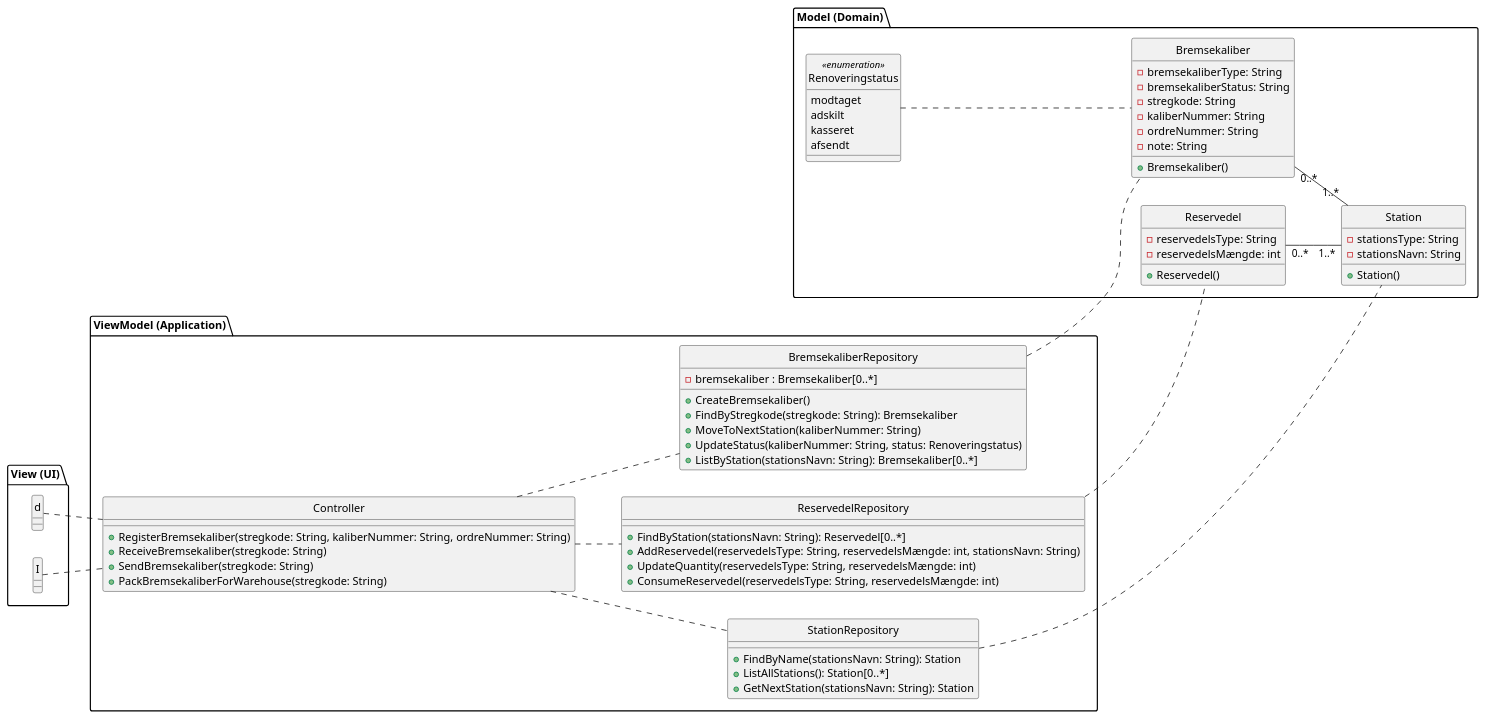
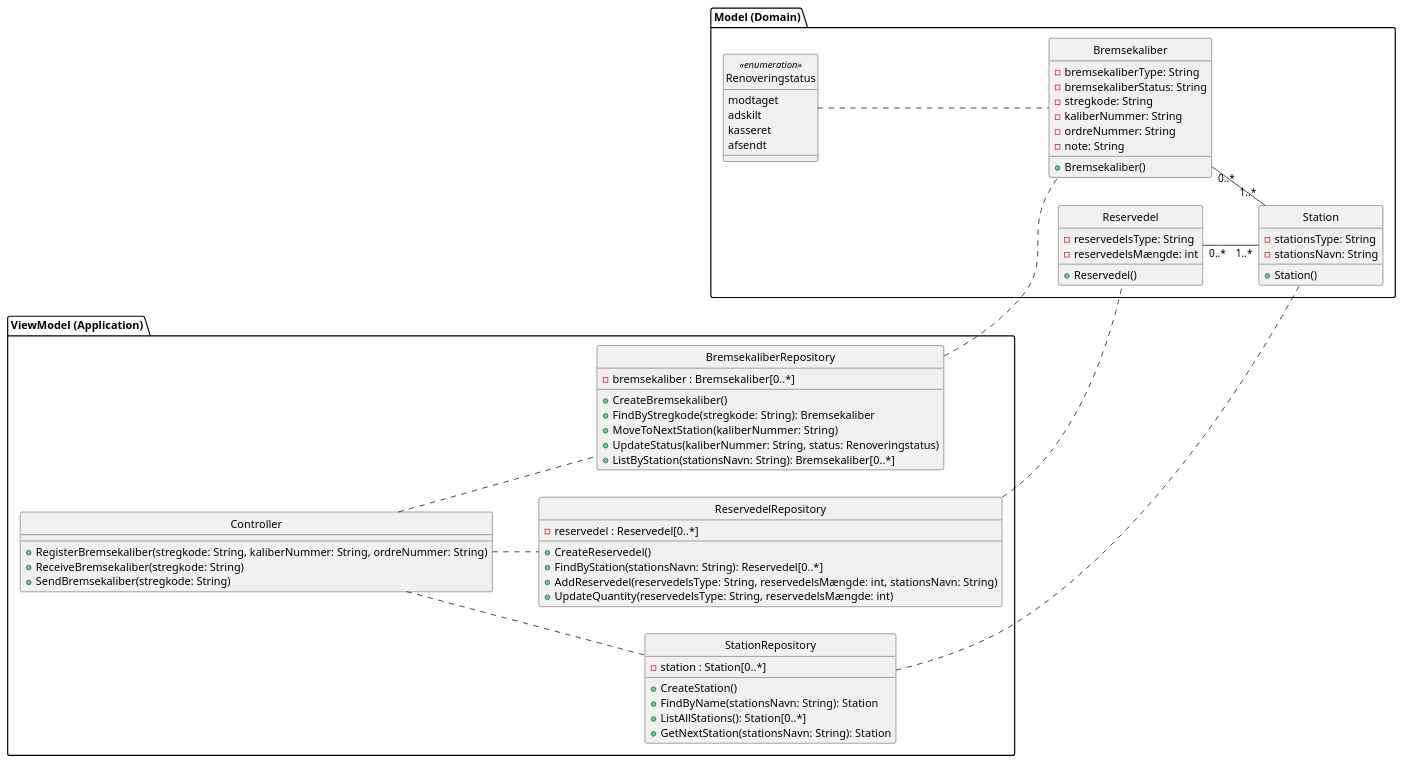
Before and after one commit to senan2315/Team-5A-Budweg: the diagram in Informationsartefakter/Designklassediagram(DCD).plantuml, drawn with PlantUML.

Commit message:
rettet dcd

```diff
--- a/Informationsartefakter/Designklassediagram(DCD).plantuml
+++ b/Informationsartefakter/Designklassediagram(DCD).plantuml
@@ -1,91 +1,83 @@
 @startuml - Designklassediagram (DCD) Budweg
 left to right direction 
 
+package "ViewModel (Application)"{
+    class BremsekaliberRepository {
+        - bremsekaliber : Bremsekaliber[0..*] 
+        + CreateBremsekaliber()
+        + FindByStregkode(stregkode: String): Bremsekaliber
+        + MoveToNextStation(kaliberNummer: String)
+        + UpdateStatus(kaliberNummer: String, status: Renoveringstatus)
+        + ListByStation(stationsNavn: String): Bremsekaliber[0..*]
+        
+    }
+    class StationRepository {
+            - station : Station[0..*] 
+            + CreateStation()
+        + FindByName(stationsNavn: String): Station
+        + ListAllStations(): Station[0..*]
+        + GetNextStation(stationsNavn: String): Station
+    }
+    class ReservedelRepository {
+        - reservedel : Reservedel[0..*]
+        + CreateReservedel()
+        + FindByStation(stationsNavn: String): Reservedel[0..*]
+        + AddReservedel(reservedelsType: String, reservedelsMængde: int, stationsNavn: String)
+        + UpdateQuantity(reservedelsType: String, reservedelsMængde: int)
+    }
+    class Controller {
+        + RegisterBremsekaliber(stregkode: String, kaliberNummer: String, ordreNummer: String)
+        + ReceiveBremsekaliber(stregkode: String)
+        + SendBremsekaliber(stregkode: String)
+    }
+}
 
 package "Model (Domain)" {
     class Station {
         - stationsType: String
         - stationsNavn: String
         + Station()
     }
 
     class Bremsekaliber {
         - bremsekaliberType: String
         - bremsekaliberStatus: String
         - stregkode: String
         - kaliberNummer: String
         - ordreNummer: String 
         - note: String
         + Bremsekaliber() 
     }
 
     class Renoveringstatus <<enumeration>> {
         modtaget
         adskilt
         kasseret
         afsendt
     }
 
     class Reservedel{
        - reservedelsType: String
        - reservedelsMængde: int
        + Reservedel()
     }
 }
-package "ViewModel (Application)"{
-    class BremsekaliberRepository {
-        - bremsekaliber : Bremsekaliber[0..*] 
-        + CreateBremsekaliber()
-        + FindByStregkode(stregkode: String): Bremsekaliber
-        + MoveToNextStation(kaliberNummer: String)
-        + UpdateStatus(kaliberNummer: String, status: Renoveringstatus)
-        + ListByStation(stationsNavn: String): Bremsekaliber[0..*]
-        
-    }
-    class StationRepository {
-        + FindByName(stationsNavn: String): Station
-        + ListAllStations(): Station[0..*]
-        + GetNextStation(stationsNavn: String): Station
-    }
-    class ReservedelRepository {
-        + FindByStation(stationsNavn: String): Reservedel[0..*]
-        + AddReservedel(reservedelsType: String, reservedelsMængde: int, stationsNavn: String)
-        + UpdateQuantity(reservedelsType: String, reservedelsMængde: int)
-        + ConsumeReservedel(reservedelsType: String, reservedelsMængde: int)
-        
-    }
-    class Controller {
-        + RegisterBremsekaliber(stregkode: String, kaliberNummer: String, ordreNummer: String)
-        + ReceiveBremsekaliber(stregkode: String)
-        + SendBremsekaliber(stregkode: String)
-        + PackBremsekaliberForWarehouse(stregkode: String)
-        
-    }
-}
-package "View (UI)" {
-    class d{
-    }
-    class I {
-        
-    }
-}
 
-I .. Controller
-d .. Controller
+
 
 Controller .. StationRepository
 Controller .. BremsekaliberRepository
 Controller .. ReservedelRepository
 
 StationRepository .. Station
 BremsekaliberRepository .. Bremsekaliber
 ReservedelRepository .. Reservedel
 
 Bremsekaliber "0..*" -- "1..*" Station
 Renoveringstatus .. Bremsekaliber
 Reservedel "0..*" -- "1..*" Station
 
 
 hide circle
 
 @enduml
```
